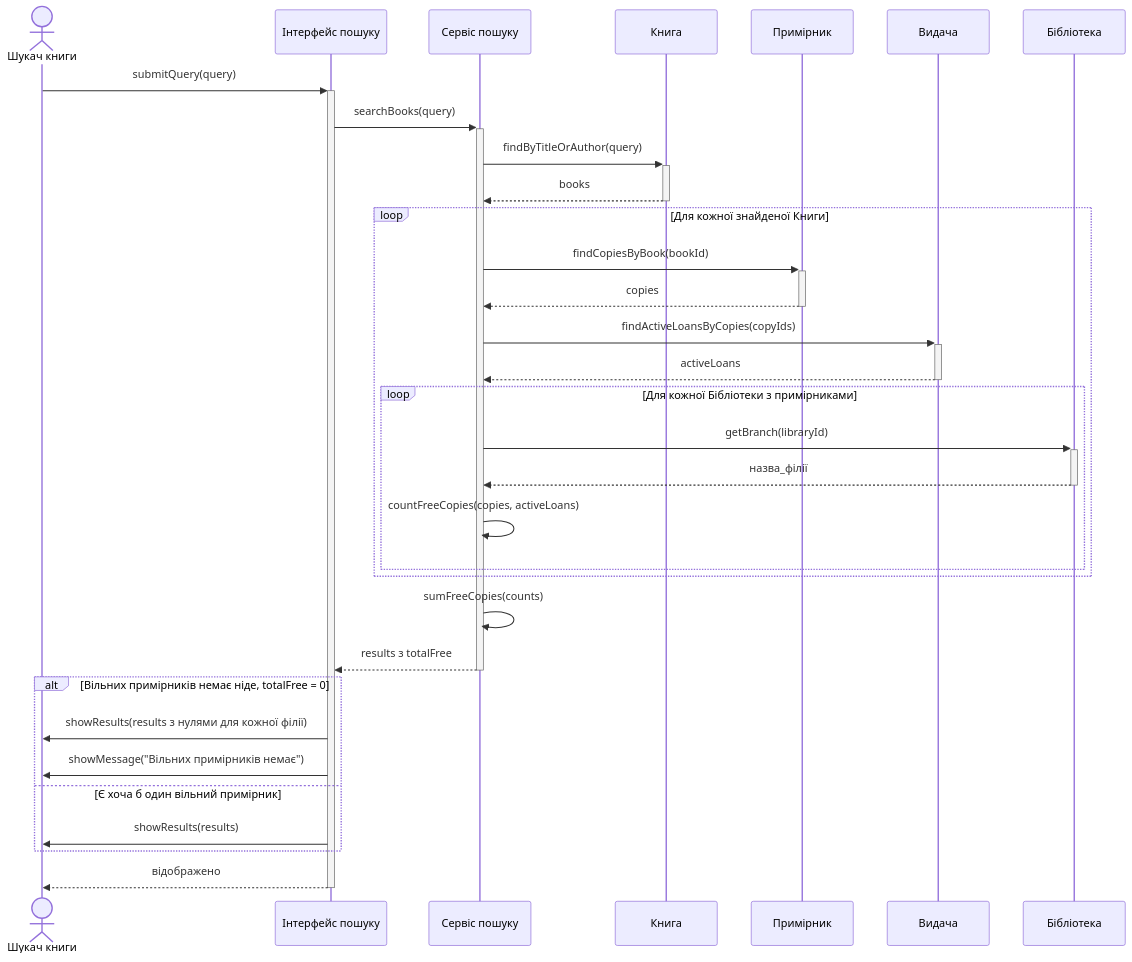
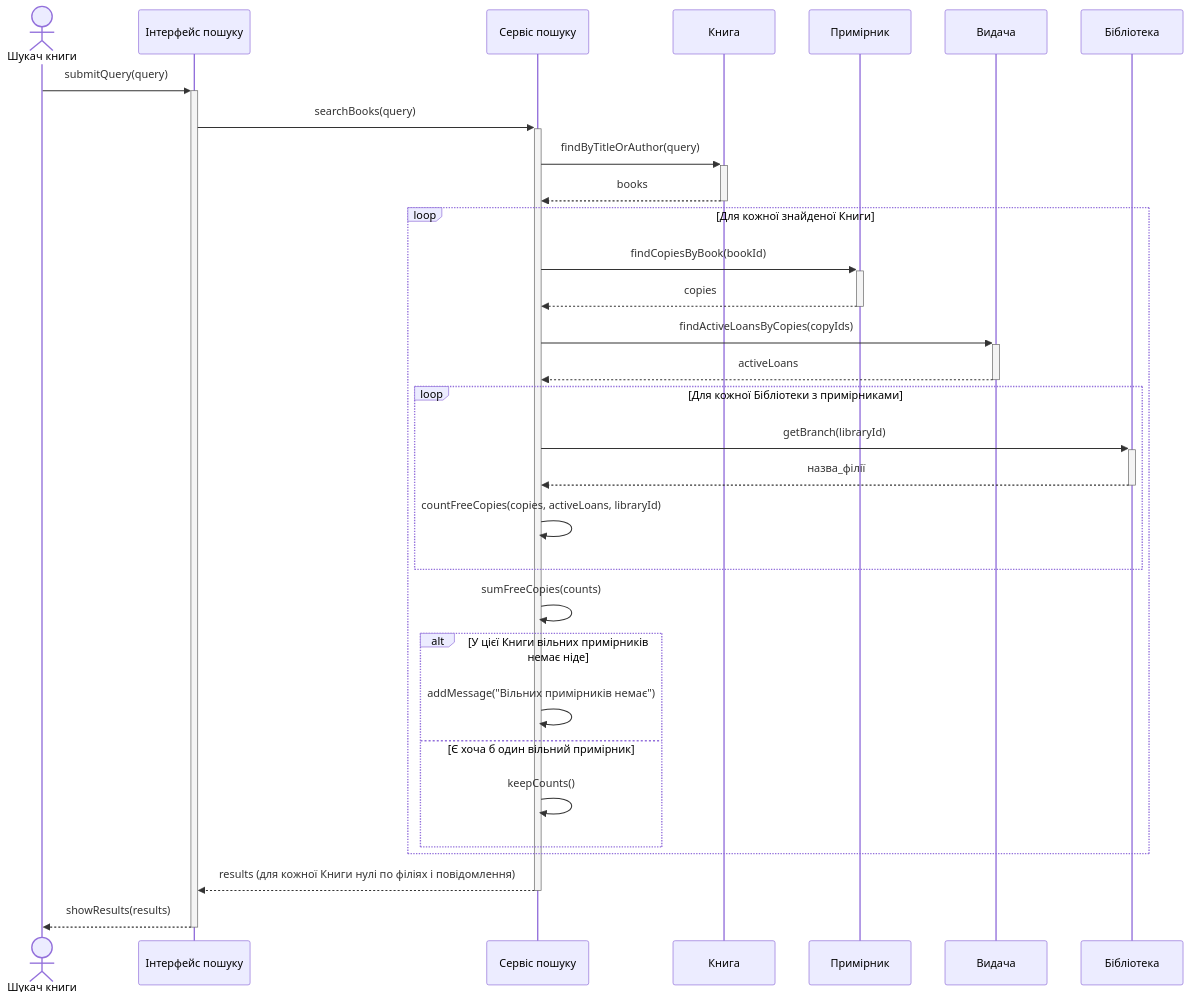
The diagram in lab3/docs/seq-s2.md (QkiS-00/se-requirements), drawn with Mermaid before and after one commit. The commit also changed other lines of this file, not shown here.

Commit message:
Переніс перевірку «вільних немає» всередину циклу по Книгах у S2 (alt для кожної Книги)

````diff
--- a/lab3/docs/seq-s2.md
+++ b/lab3/docs/seq-s2.md
@@ -3,35 +3,34 @@
 ```mermaid
 sequenceDiagram
     actor U as Шукач книги
     participant UI as Інтерфейс пошуку
     participant SS as Сервіс пошуку
     participant K as Книга
     participant P as Примірник
     participant V as Видача
     participant B as Бібліотека
 
     U->>+UI: submitQuery(query)
     UI->>+SS: searchBooks(query)
     SS->>+K: findByTitleOrAuthor(query)
     K-->>-SS: books
     loop Для кожної знайденої Книги
         SS->>+P: findCopiesByBook(bookId)
         P-->>-SS: copies
         SS->>+V: findActiveLoansByCopies(copyIds)
         V-->>-SS: activeLoans
         loop Для кожної Бібліотеки з примірниками
             SS->>+B: getBranch(libraryId)
             B-->>-SS: назва_філії
-            SS->>SS: countFreeCopies(copies, activeLoans)
+            SS->>SS: countFreeCopies(copies, activeLoans, libraryId)
+        end
+        SS->>SS: sumFreeCopies(counts)
+        alt У цієї Книги вільних примірників немає ніде
+            SS->>SS: addMessage("Вільних примірників немає")
+        else Є хоча б один вільний примірник
+            SS->>SS: keepCounts()
         end
     end
-    SS->>SS: sumFreeCopies(counts)
-    SS-->>-UI: results з totalFree
-    alt Вільних примірників немає ніде, totalFree = 0
-        UI->>U: showResults(results з нулями для кожної філії)
-        UI->>U: showMessage("Вільних примірників немає")
-    else Є хоча б один вільний примірник
-        UI->>U: showResults(results)
-    end
-    UI-->>-U: відображено
+    SS-->>-UI: results (для кожної Книги нулі по філіях і повідомлення)
+    UI-->>-U: showResults(results)
 ```
````
